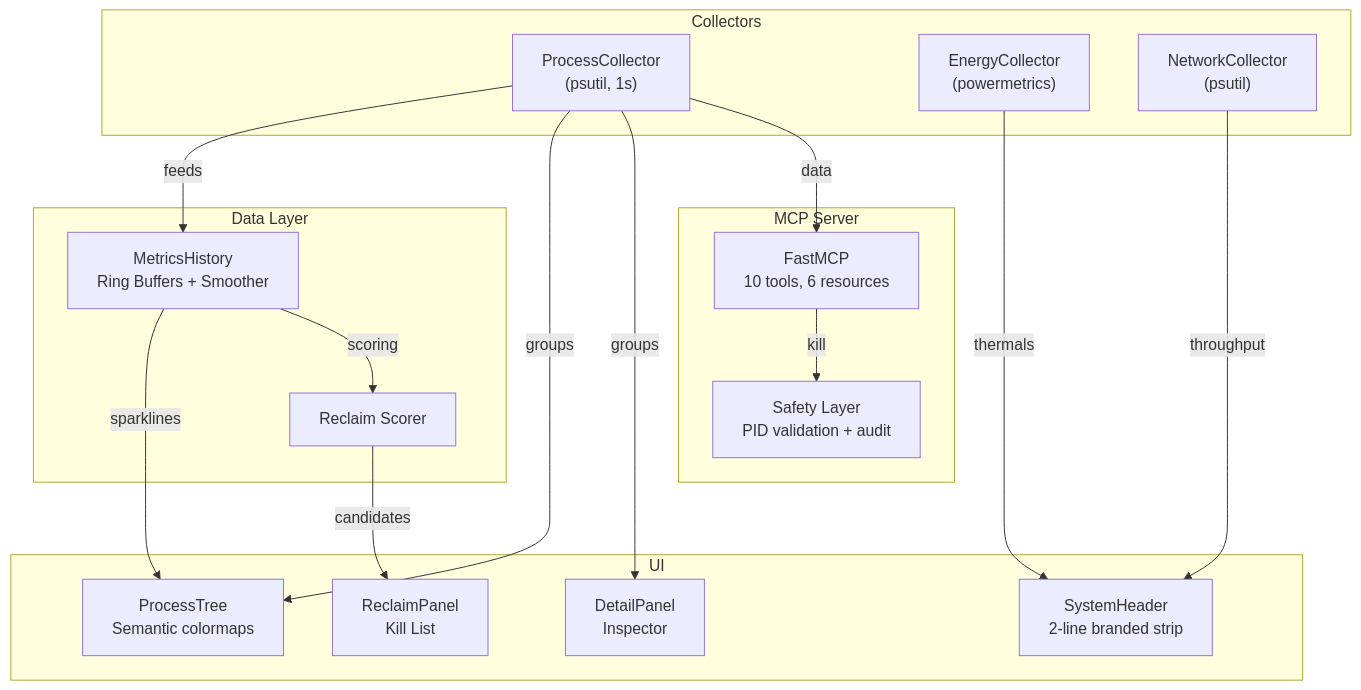
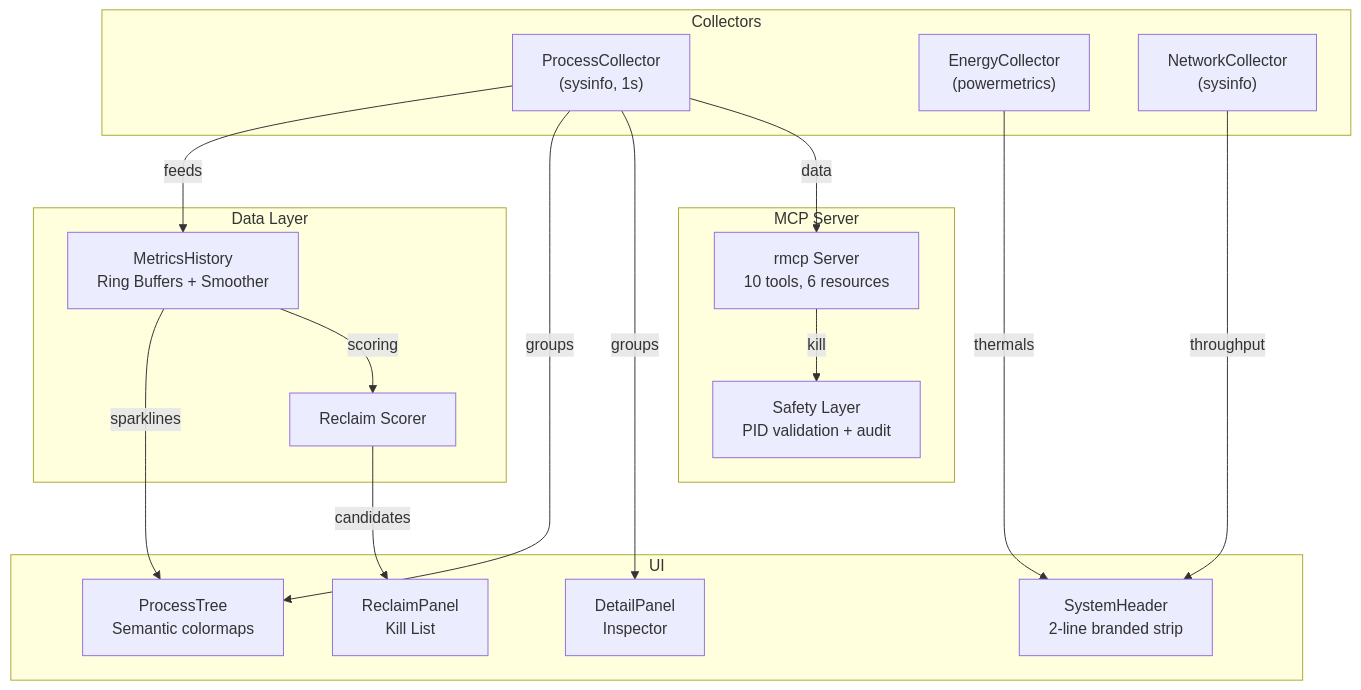
The diagram in docs/architecture.md (jeppsontaylor/MacJet), drawn with Mermaid before and after one commit. The commit also changed other lines of this file and 116 other files, not shown here.

````diff
--- a/docs/architecture.md
+++ b/docs/architecture.md
@@ -7,36 +9,36 @@
 ```mermaid
 graph TD
     subgraph Collectors
-        PC["ProcessCollector<br/>(psutil, 1s)"]
+        PC["ProcessCollector<br/>(sysinfo, 1s)"]
         EC["EnergyCollector<br/>(powermetrics)"]
-        NC["NetworkCollector<br/>(psutil)"]
+        NC["NetworkCollector<br/>(sysinfo)"]
     end
 
     subgraph Data Layer
         MH["MetricsHistory<br/>Ring Buffers + Smoother"]
         RS["Reclaim Scorer"]
     end
 
     subgraph UI
         H["SystemHeader<br/>2-line branded strip"]
         PT["ProcessTree<br/>Semantic colormaps"]
         DP["DetailPanel<br/>Inspector"]
         RP["ReclaimPanel<br/>Kill List"]
     end
 
     subgraph MCP Server
-        FMP["FastMCP<br/>10 tools, 6 resources"]
+        FMP["rmcp Server<br/>10 tools, 6 resources"]
         SAF["Safety Layer<br/>PID validation + audit"]
     end
 
     PC -->|feeds| MH
     MH -->|sparklines| PT
     MH -->|scoring| RS
     RS -->|candidates| RP
     PC -->|groups| PT
     PC -->|groups| DP
     EC -->|thermals| H
     NC -->|throughput| H
     PC -->|data| FMP
     FMP -->|kill| SAF
 ```
````
